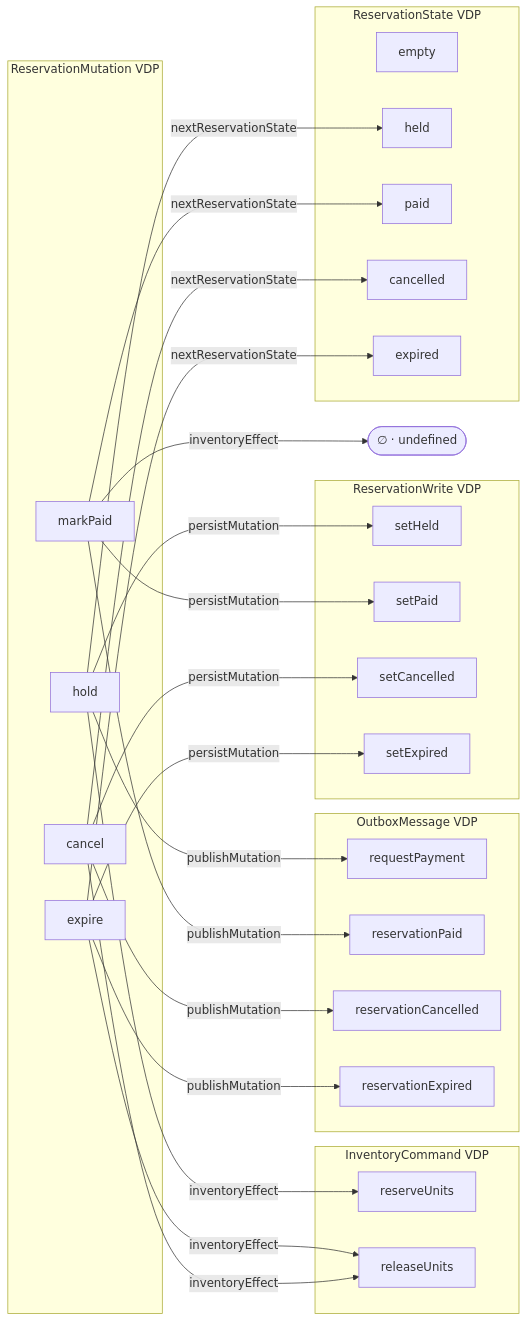
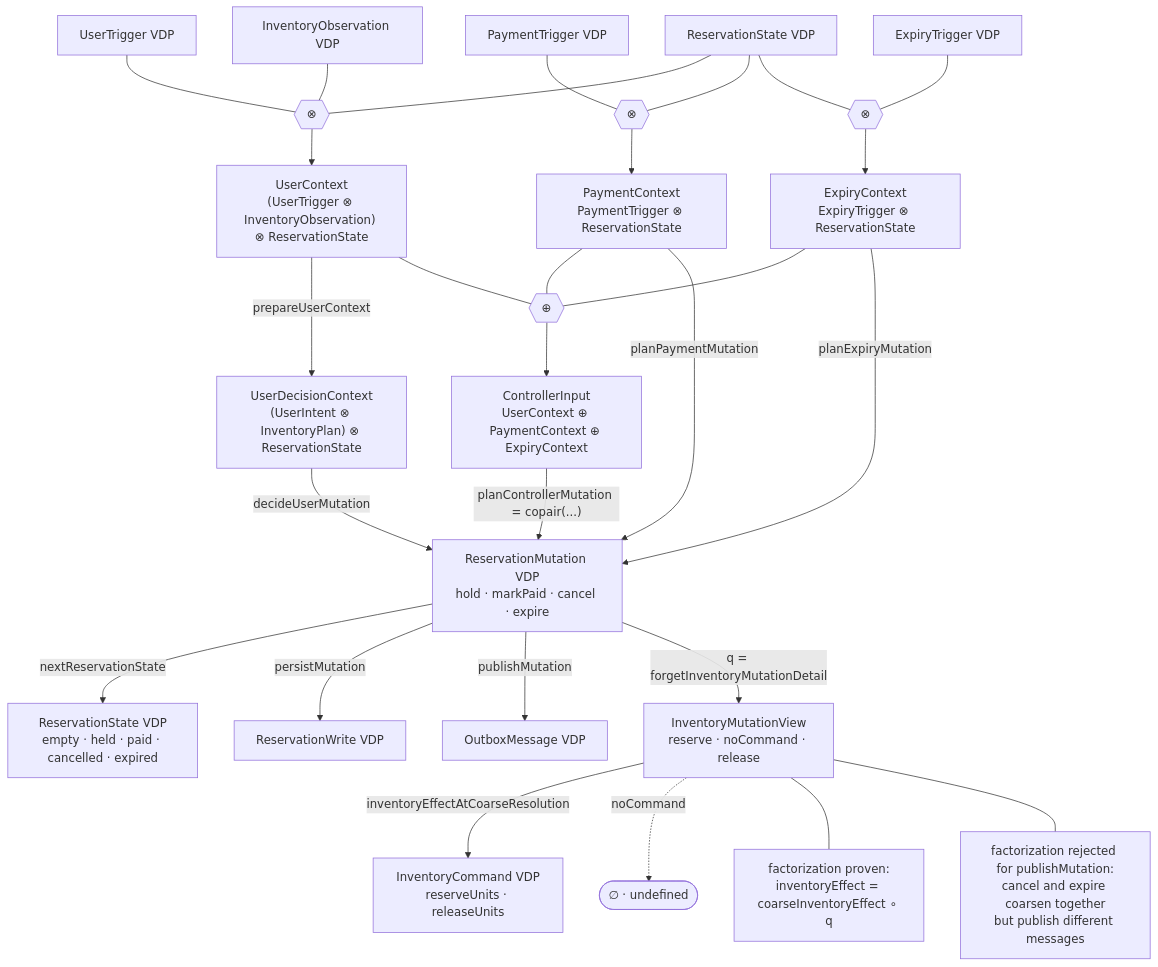
Before and after one commit to mrvanish97/archiscript: the diagram in README.md, drawn with Mermaid. The commit also changed other lines of this file and 5 other files, not shown here.

````diff
--- a/README.md
+++ b/README.md
@@ -476,58 +313,69 @@
 ```mermaid
-flowchart LR
-  subgraph RM["ReservationMutation VDP"]
-    M0["hold"]
-    M1["markPaid"]
-    M2["cancel"]
-    M3["expire"]
-  end
+flowchart TB
+  UT["UserTrigger VDP"]
+  IO["InventoryObservation VDP"]
+  RS["ReservationState VDP"]
+  PT["PaymentTrigger VDP"]
+  ET["ExpiryTrigger VDP"]
 
-  subgraph RS["ReservationState VDP"]
-    S0["empty"]
-    S1["held"]
-    S2["paid"]
-    S3["cancelled"]
-    S4["expired"]
-  end
+  UXT{{"⊗"}}
+  PXT{{"⊗"}}
+  EXT{{"⊗"}}
 
-  subgraph RW["ReservationWrite VDP"]
-    W0["setHeld"]
-    W1["setPaid"]
-    W2["setCancelled"]
-    W3["setExpired"]
-  end
+  UC["UserContext<br/>(UserTrigger ⊗ InventoryObservation) ⊗ ReservationState"]
+  PC["PaymentContext<br/>PaymentTrigger ⊗ ReservationState"]
+  EC["ExpiryContext<br/>ExpiryTrigger ⊗ ReservationState"]
 
-  subgraph OM["OutboxMessage VDP"]
-    O0["requestPayment"]
-    O1["reservationPaid"]
-    O2["reservationCancelled"]
-    O3["reservationExpired"]
-  end
+  UDC["UserDecisionContext<br/>(UserIntent ⊗ InventoryPlan) ⊗ ReservationState"]
 
-  subgraph IC["InventoryCommand VDP"]
-    I0["reserveUnits"]
-    I1["releaseUnits"]
-  end
+  COP{{"⊕"}}
+  CI["ControllerInput<br/>UserContext ⊕ PaymentContext ⊕ ExpiryContext"]
 
-  IX(["∅ · undefined"])
+  RM["ReservationMutation VDP<br/>hold · markPaid · cancel · expire"]
+  RSTATE["ReservationState VDP<br/>empty · held · paid · cancelled · expired"]
+  WRITE["ReservationWrite VDP"]
+  OUTBOX["OutboxMessage VDP"]
 
-  M0 -->|"nextReservationState"| S1
-  M1 -->|"nextReservationState"| S2
-  M2 -->|"nextReservationState"| S3
-  M3 -->|"nextReservationState"| S4
+  Q["InventoryMutationView<br/>reserve · noCommand · release"]
+  INV["InventoryCommand VDP<br/>reserveUnits · releaseUnits"]
+  NONE(["∅ · undefined"])
 
-  M0 -->|"persistMutation"| W0
-  M1 -->|"persistMutation"| W1
-  M2 -->|"persistMutation"| W2
-  M3 -->|"persistMutation"| W3
+  NOTE1["factorization proven:<br/>inventoryEffect = coarseInventoryEffect ∘ q"]
+  NOTE2["factorization rejected for publishMutation:<br/>cancel and expire coarsen together<br/>but publish different messages"]
 
-  M0 -->|"publishMutation"| O0
-  M1 -->|"publishMutation"| O1
-  M2 -->|"publishMutation"| O2
-  M3 -->|"publishMutation"| O3
+  UT --- UXT
+  IO --- UXT
+  RS --- UXT
+  UXT --> UC
 
-  M0 -->|"inventoryEffect"| I0
-  M1 -->|"inventoryEffect"| IX
-  M2 -->|"inventoryEffect"| I1
-  M3 -->|"inventoryEffect"| I1
+  PT --- PXT
+  RS --- PXT
+  PXT --> PC
+
+  ET --- EXT
+  RS --- EXT
+  EXT --> EC
+
+  UC -->|"prepareUserContext"| UDC
+  UDC -->|"decideUserMutation"| RM
+
+  UC --- COP
+  PC --- COP
+  EC --- COP
+  COP --> CI
+  CI -->|"planControllerMutation = copair(...)"| RM
+
+  PC -->|"planPaymentMutation"| RM
+  EC -->|"planExpiryMutation"| RM
+
+  RM -->|"nextReservationState"| RSTATE
+  RM -->|"persistMutation"| WRITE
+  RM -->|"publishMutation"| OUTBOX
+
+  RM -->|"q = forgetInventoryMutationDetail"| Q
+  Q -->|"inventoryEffectAtCoarseResolution"| INV
+  Q -.->|"noCommand"| NONE
+
+  Q --- NOTE1
+  Q --- NOTE2
 ```
````
